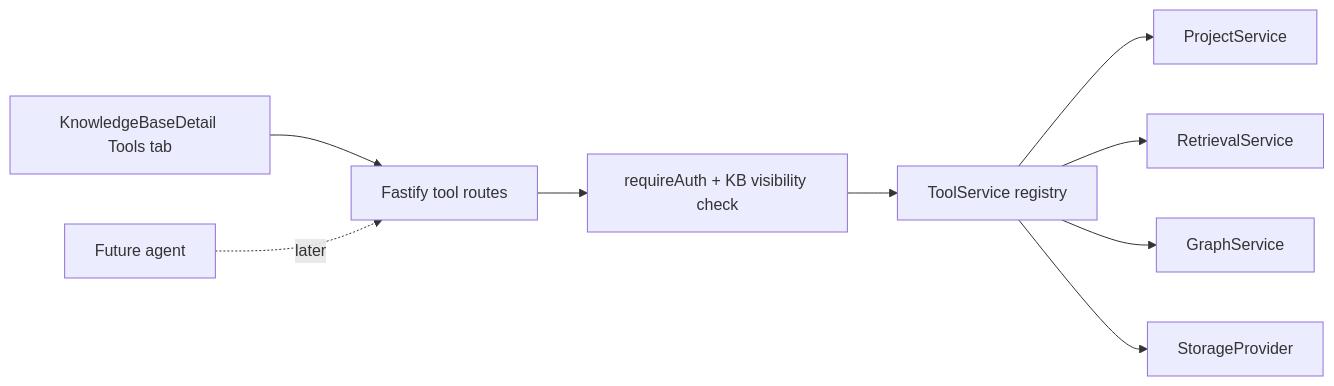
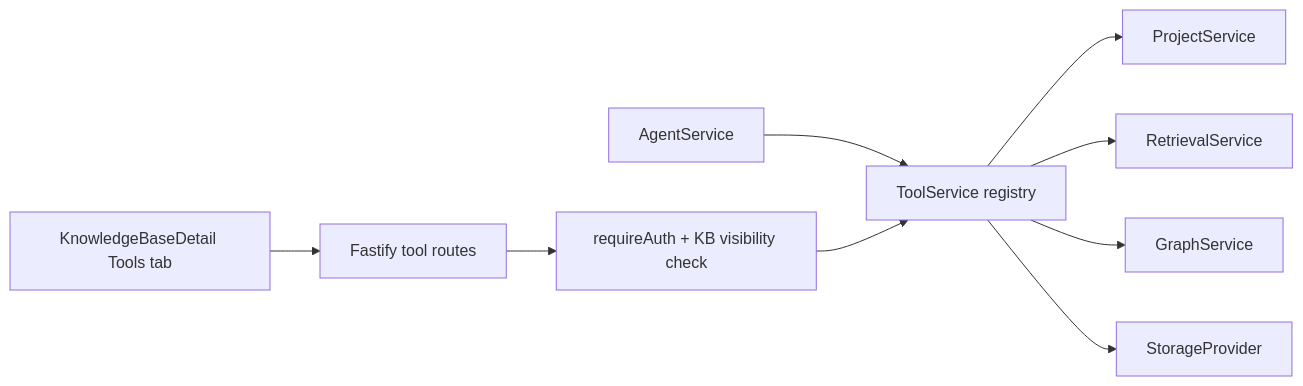
One commit to lshy0000/llm_wiki changed the diagram in docs/plans/yuxi-style-tools-architecture.md. Above: the diagram before and after it, drawn with Mermaid. The commit also changed other lines of this file and 12 other files, not shown here.

First line of the commit message:
补齐 Agent 主路径与图召回文档

````diff
--- a/docs/plans/yuxi-style-tools-architecture.md
+++ b/docs/plans/yuxi-style-tools-architecture.md
@@ -19,11 +19,11 @@
 ```mermaid
 flowchart LR
   UI["KnowledgeBaseDetail Tools tab"] --> API["Fastify tool routes"]
-  Agent["Future agent"] -. later .-> API
+  Agent["AgentService"] --> ToolService
   API --> Auth["requireAuth + KB visibility check"]
   Auth --> ToolService["ToolService registry"]
   ToolService --> ProjectService["ProjectService"]
   ToolService --> RetrievalService["RetrievalService"]
   ToolService --> GraphService["GraphService"]
   ToolService --> Storage["StorageProvider"]
 ```
````
